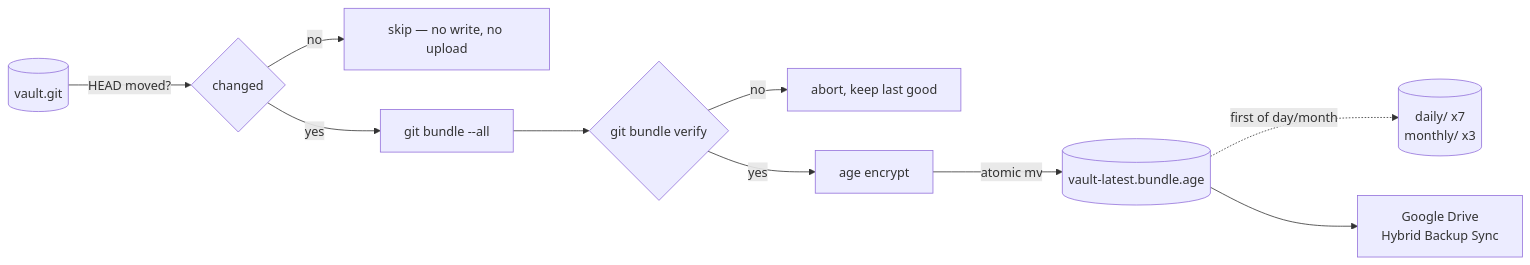
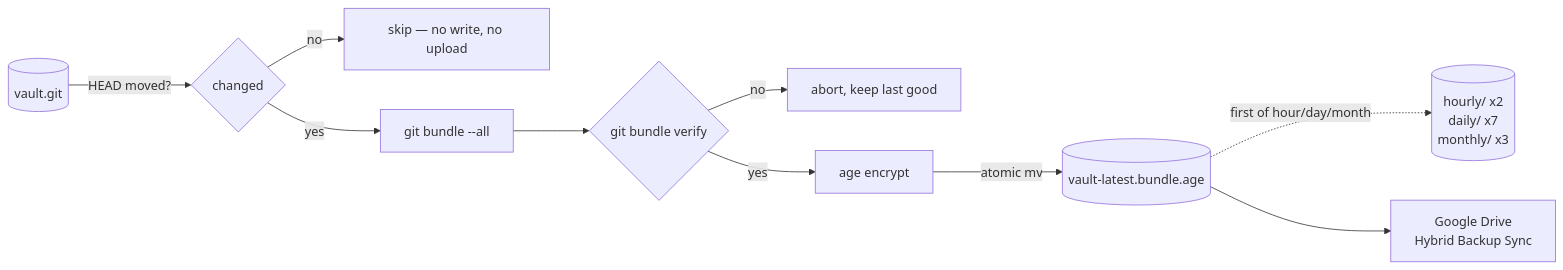
Before and after one commit to ky1ejs/homelab: the third of 4 diagrams in obsidian-vault/ARCHITECTURE.md, drawn with Mermaid. The commit also changed other lines of this file and 5 other files, not shown here.

````diff
--- a/obsidian-vault/ARCHITECTURE.md
+++ b/obsidian-vault/ARCHITECTURE.md
@@ -170,12 +170,12 @@
 ```mermaid
 flowchart LR
     g[("vault.git")] -->|HEAD moved?| ch{changed}
     ch -->|no| skip["skip — no write, no upload"]
     ch -->|yes| b["git bundle --all"]
     b --> v{"git bundle verify"}
     v -->|no| fail["abort, keep last good"]
     v -->|yes| enc["age encrypt"]
     enc -->|atomic mv| latest[("vault-latest.bundle.age")]
-    latest -.->|first of day/month| keep[("daily/ x7<br/>monthly/ x3")]
+    latest -.->|first of hour/day/month| keep[("hourly/ x2<br/>daily/ x7<br/>monthly/ x3")]
     latest --> gd["Google Drive<br/>Hybrid Backup Sync"]
 ```
````
